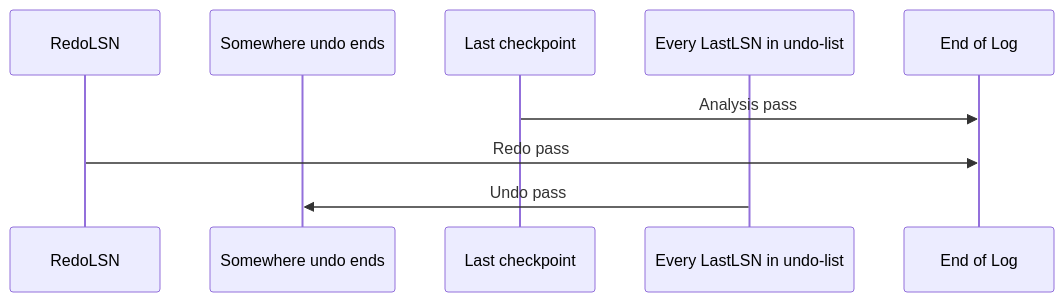
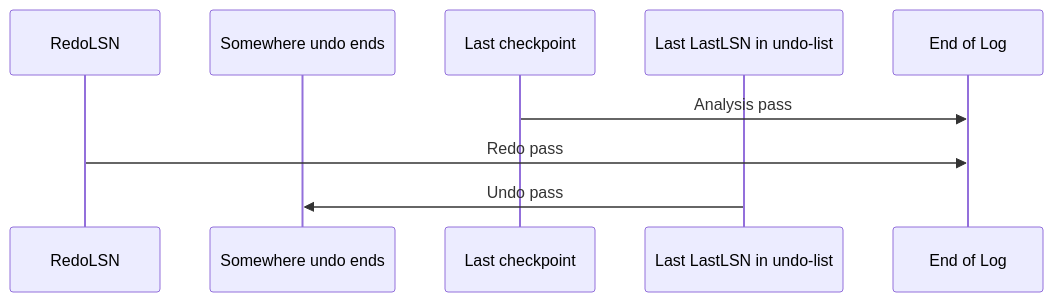
The diagram in DBS/A4_DBS.md (FUTURETECH6/Notes-Sophomore2), drawn with Mermaid before and after one commit. The commit also changed other lines of this file and 36 other files, not shown here.

````diff
--- a/DBS/A4_DBS.md
+++ b/DBS/A4_DBS.md
@@ -388,11 +426,11 @@
 ```mermaid
 sequenceDiagram
     participant 0 as RedoLSN
     participant 1 as Somewhere undo ends
     participant 2 as Last checkpoint
-    participant 3 as Every LastLSN in undo-list
+    participant 3 as Last LastLSN in undo-list
     participant 4 as End of Log
     2->>4: Analysis pass
     0->>4: Redo pass
     3->>1: Undo pass
 ```
````
